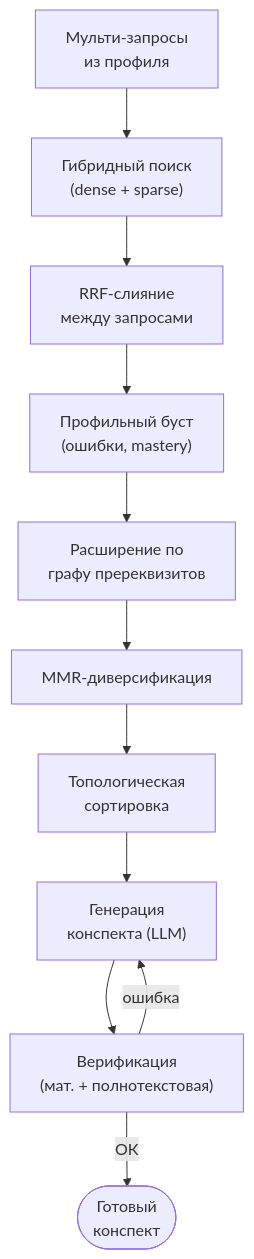
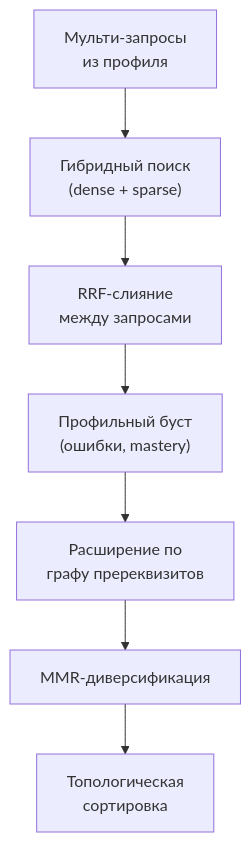
One commit to KuBaN658/UEAT changed the diagram in doc/src/vkr/graphics/rag_pipeline.mmd. Above: the diagram before and after it, drawn with Mermaid. The commit also changed 7 other files, not shown here.

```diff
--- a/doc/src/vkr/graphics/rag_pipeline.mmd
+++ b/doc/src/vkr/graphics/rag_pipeline.mmd
@@ -1,15 +1,10 @@
 flowchart TB
   Q["Мульти-запросы\nиз профиля"]
   HS["Гибридный поиск\n(dense + sparse)"]
   RRF["RRF-слияние\nмежду запросами"]
   PB["Профильный буст\n(ошибки, mastery)"]
   GE["Расширение по\nграфу пререквизитов"]
   MMR["MMR-диверсификация"]
   TS["Топологическая\nсортировка"]
-  Gen["Генерация\nконспекта (LLM)"]
-  Ver["Верификация\n(мат. + полнотекстовая)"]
-  Out(["Готовый\nконспект"])
 
-  Q --> HS --> RRF --> PB --> GE --> MMR --> TS --> Gen --> Ver
-  Ver -->|"ошибка"| Gen
-  Ver -->|"ОК"| Out
+  Q --> HS --> RRF --> PB --> GE --> MMR --> TS
```
